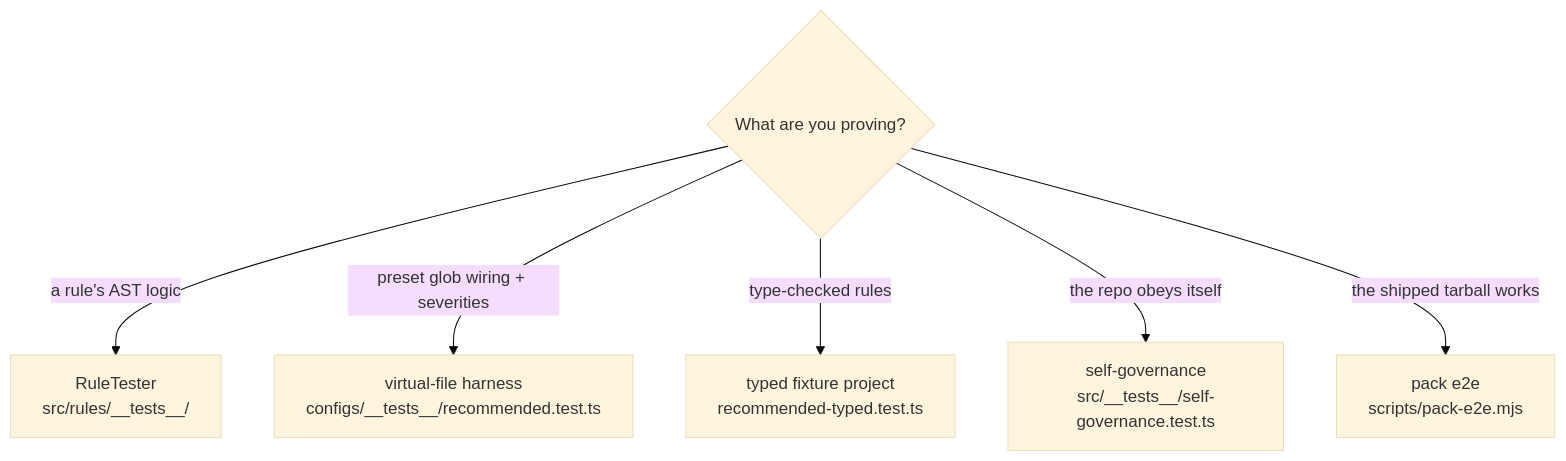
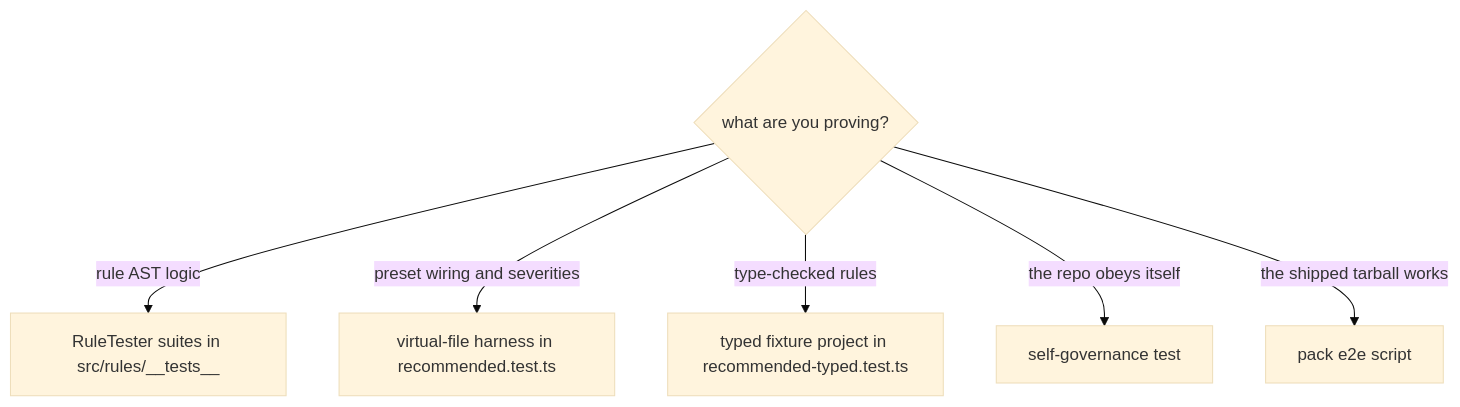
Before and after one commit to Disble/dlinter-ts-react: the first of 2 diagrams in docs/testing.md, drawn with Mermaid (base theme). The commit also changed other lines of this file and 2 other files, not shown here.

Commit message:
docs: use conservative mermaid syntax so diagrams render
The original diagrams used HTML italics, unicode arrows and em-dashes,
apostrophes, ampersand fan-in edges, glob patterns in edge labels, and
style directives — combinations that break stricter mermaid renderers.
All eight diagrams now use plain quoted ASCII labels; detail stripped
from labels (glob assignments, override examples) moved to prose
directly below each diagram, so no information was lost.

````diff
--- a/docs/testing.md
+++ b/docs/testing.md
@@ -5,8 +5,8 @@
 ```mermaid
 flowchart TD
-    Q{"What are you proving?"} -->|"a rule's AST logic"| RT["RuleTester<br/>src/rules/__tests__/"]
-    Q -->|"preset glob wiring + severities"| VH["virtual-file harness<br/>configs/__tests__/recommended.test.ts"]
-    Q -->|"type-checked rules"| TP["typed fixture project<br/>recommended-typed.test.ts"]
-    Q -->|"the repo obeys itself"| SG["self-governance<br/>src/__tests__/self-governance.test.ts"]
-    Q -->|"the shipped tarball works"| E2E["pack e2e<br/>scripts/pack-e2e.mjs"]
+    Q{"what are you proving?"} -->|rule AST logic| RT["RuleTester suites in src/rules/__tests__"]
+    Q -->|preset wiring and severities| VH["virtual-file harness in recommended.test.ts"]
+    Q -->|type-checked rules| TP["typed fixture project in recommended-typed.test.ts"]
+    Q -->|the repo obeys itself| SG["self-governance test"]
+    Q -->|the shipped tarball works| E2E["pack e2e script"]
 ```
````
